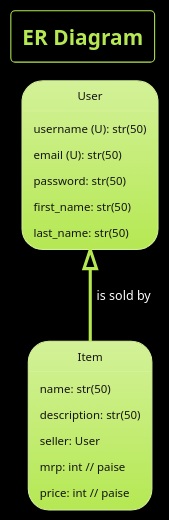
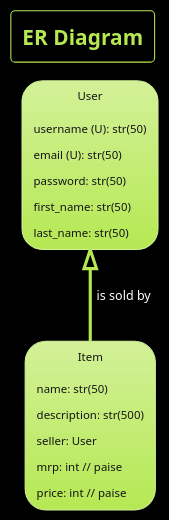
The first of 4 diagrams in design.plantuml (AdityaShenoy/FlipCart), drawn with PlantUML before and after one commit.

Commit message:
docs: increase description length

```diff
--- a/design.plantuml
+++ b/design.plantuml
@@ -1,25 +1,25 @@
 @startuml 1
 
     !theme hacker
     skinparam BackgroundColor black
     title "ER Diagram"
 
     object User {
         username (U): str(50)
         email (U): str(50)
         password: str(50)
         first_name: str(50)
         last_name: str(50)
     }
 
     object Item {
         name: str(50)
-        description: str(50)
+        description: str(500)
         seller: User
         mrp: int // paise
         price: int // paise
     }
 
     User <|-- Item : is sold by
 
 @enduml
```
